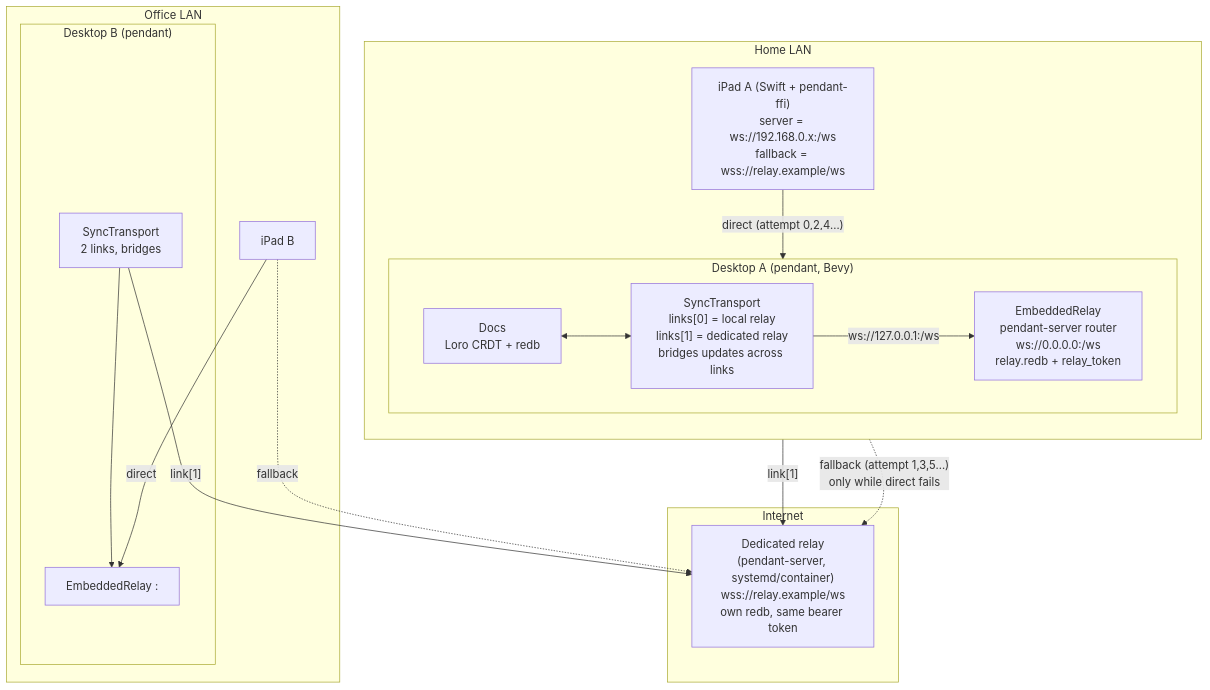
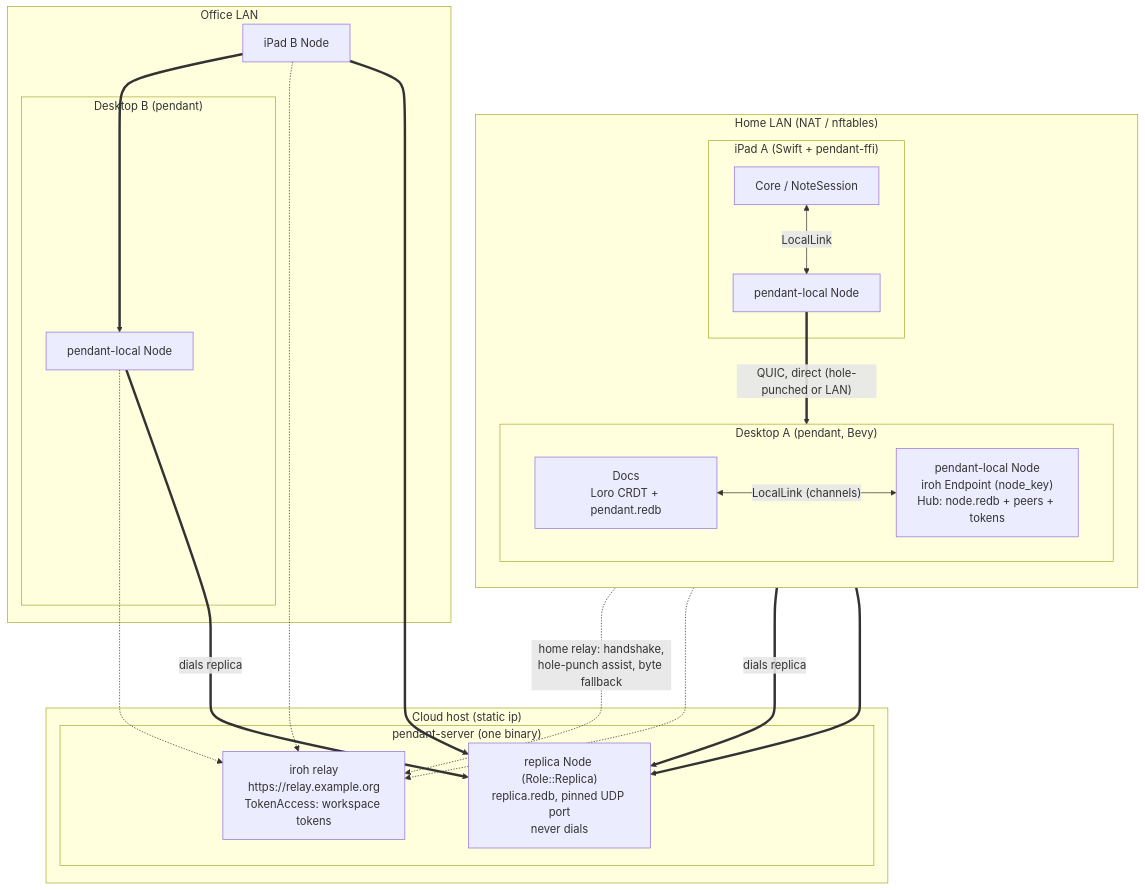
Before and after one commit to uttarayan21/krabink: the first of 4 diagrams in docs/architecture.md, drawn with Mermaid. The commit also changed other lines of this file and 65 other files, not shown here.

````diff
--- a/docs/architecture.md
+++ b/docs/architecture.md
@@ -10,35 +11,42 @@
 ```mermaid
 flowchart TB
-    subgraph LAN_A["Home LAN"]
+    subgraph LAN_A["Home LAN (NAT / nftables)"]
         direction TB
         subgraph DA["Desktop A (pendant, Bevy)"]
             direction LR
-            DA_docs["Docs\nLoro CRDT + redb"]
-            DA_sync["SyncTransport\nlinks[0] = local relay\nlinks[1] = dedicated relay\nbridges updates across links"]
-            DA_relay["EmbeddedRelay\npendant-server router\nws://0.0.0.0:<ephemeral>/ws\nrelay.redb + relay_token"]
-            DA_docs <--> DA_sync
-            DA_sync -- "ws://127.0.0.1:<ephemeral>/ws" --> DA_relay
+            DA_app["Docs\nLoro CRDT + pendant.redb"]
+            DA_node["pendant-local Node\niroh Endpoint (node_key)\nHub: node.redb + peers + tokens"]
+            DA_app <-- "LocalLink (channels)" --> DA_node
         end
-        IPAD_A["iPad A (Swift + pendant-ffi)\nserver = ws://192.168.0.x:<port>/ws\nfallback = wss://relay.example/ws"]
-        IPAD_A -- "direct (attempt 0,2,4…)" --> DA_relay
+        subgraph IA["iPad A (Swift + pendant-ffi)"]
+            IA_app["Core / NoteSession"]
+            IA_node["pendant-local Node"]
+            IA_app <-- LocalLink --> IA_node
+        end
+        IA_node == "QUIC, direct (hole-punched or LAN)" ==> DA_node
     end
 
-    subgraph WAN["Internet"]
-        DR["Dedicated relay\n(pendant-server, systemd/container)\nwss://relay.example/ws\nown redb, same bearer token"]
+    subgraph WAN["Cloud host (static ip)"]
+        subgraph SRV["pendant-server (one binary)"]
+            RELAY["iroh relay\nhttps://relay.example.org\nTokenAccess: workspace tokens"]
+            REPL["replica Node (Role::Replica)\nreplica.redb, pinned UDP port\nnever dials"]
+        end
     end
 
     subgraph LAN_B["Office LAN"]
         subgraph DB["Desktop B (pendant)"]
-            DB_relay["EmbeddedRelay :<ephemeral>"]
-            DB_sync["SyncTransport\n2 links, bridges"]
-            DB_sync --> DB_relay
+            DB_node["pendant-local Node"]
         end
-        IPAD_B["iPad B"]
-        IPAD_B -- direct --> DB_relay
+        IB_node["iPad B Node"]
+        IB_node ==> DB_node
     end
 
-    DA_sync -- "link[1]" --> DR
-    DB_sync -- "link[1]" --> DR
-    IPAD_A -. "fallback (attempt 1,3,5…)\nonly while direct fails" .-> DR
-    IPAD_B -. fallback .-> DR
+    DA_node -. "home relay: handshake,\nhole-punch assist, byte fallback" .-> RELAY
+    IA_node -.-> RELAY
+    DB_node -.-> RELAY
+    IB_node -.-> RELAY
+    DA_node == "dials replica" ==> REPL
+    DB_node == "dials replica" ==> REPL
+    IA_node ==> REPL
+    IB_node ==> REPL
 ```
````
